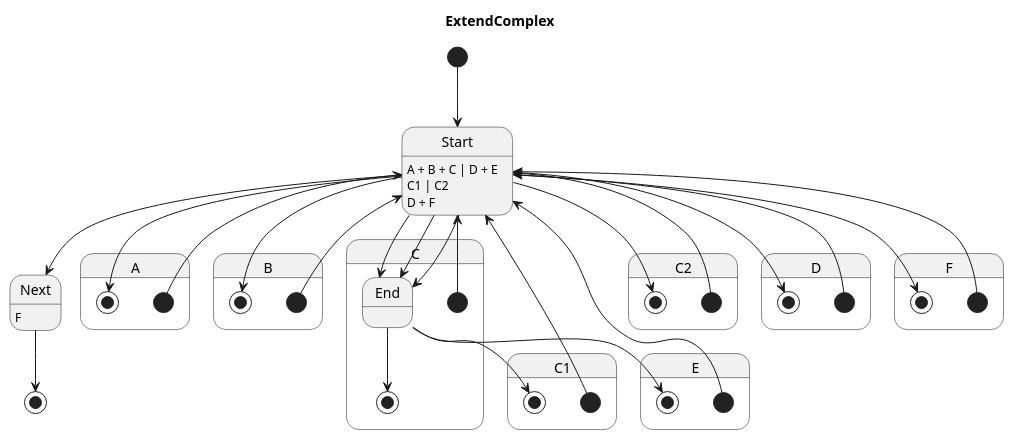
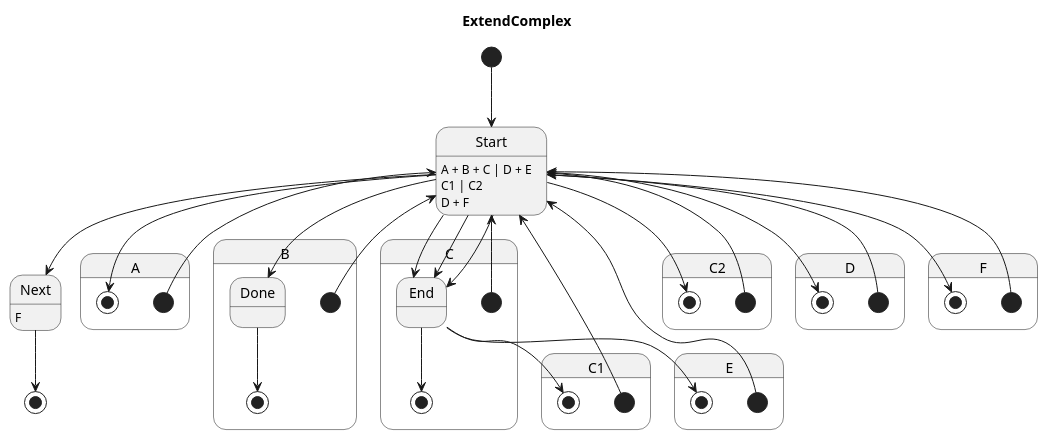
One commit to Pastor/Takt changed the diagram in examples/generated/plantuml/extend_complex.puml. Above: the diagram before and after it, drawn with PlantUML. The commit also changed 152 other files, not shown here.

```diff
--- a/examples/generated/plantuml/extend_complex.puml
+++ b/examples/generated/plantuml/extend_complex.puml
@@ -1,55 +1,56 @@
 @startuml
 title ExtendComplex
 
 [*] --> Start
 Next : F
 Next --> [*]
 Start : A + B + C | D + E
 Start --> Next
 
 state A {
     [*] --> Start
     Start --> [*]
 }
 
 state B {
     [*] --> Start
-    Start --> [*]
+    Done --> [*]
+    Start --> Done
 }
 
 state C {
     [*] --> Start
     End --> [*]
     Start : C1 | C2
     Start --> End
 }
 
 state C1 {
     [*] --> Start
     End --> [*]
     Start --> End
 }
 
 state C2 {
     [*] --> Start
     Start --> [*]
 }
 
 state D {
     [*] --> Start
     Start --> [*]
 }
 
 state E {
     [*] --> Start
     End --> [*]
     Start : D + F
     Start --> End
 }
 
 state F {
     [*] --> Start
     Start --> [*]
 }
 
 @enduml
```
